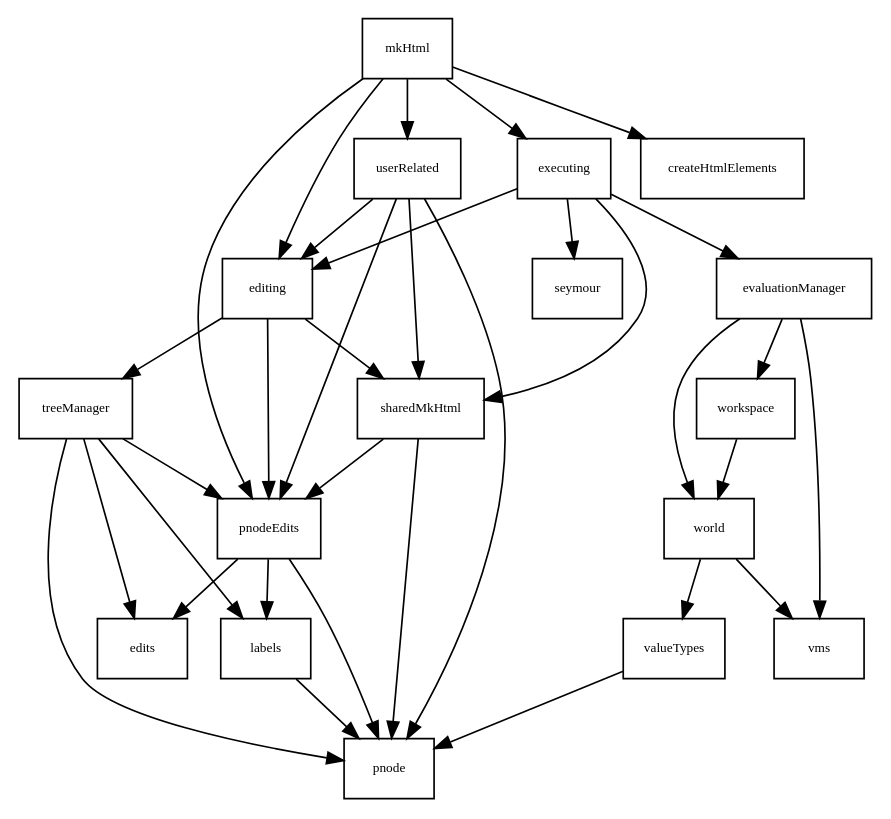
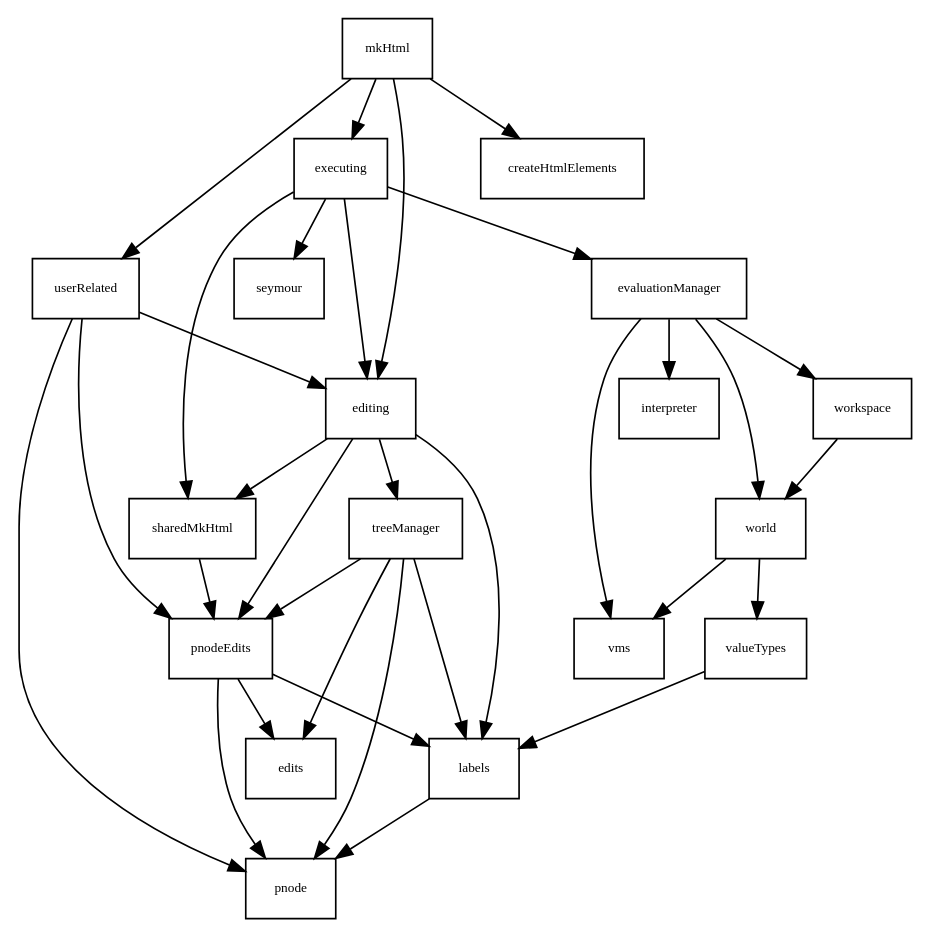
Before and after one commit to theodore-norvell/PLAAY: the diagram in typescriptSrc/dependence-js.gv, drawn with Graphviz. The commit also changed 12 other files, not shown here.

```diff
--- a/typescriptSrc/dependence-js.gv
+++ b/typescriptSrc/dependence-js.gv
@@ -1,71 +1,52 @@
 digraph Depends {
 
    gsize="8,6"; ratio=fill;
    node[fontsize=8, shape=rectangle];
 
-   //edits -> assert ;
-   //edits -> collections ;
-   
+   editing -> labels ;
+   editing -> pnodeEdits ;
    editing -> sharedMkHtml ;
-   editing -> pnodeEdits ;
    editing -> treeManager ;
 
+   evaluationManager -> interpreter ;
    evaluationManager -> vms ;
    evaluationManager -> workspace ;
    evaluationManager -> world ;
 
-   executing -> sharedMkHtml ;
    executing -> editing ;
    executing -> evaluationManager ;
    executing -> seymour ;
+   executing -> sharedMkHtml ;
 
    //mkHtml -> assert ;
    //mkHtml -> collections ;
 
    labels -> pnode
 
    mkHtml -> createHtmlElements ;
    mkHtml -> editing ;
    mkHtml -> executing ;
-   mkHtml -> pnodeEdits ;
    mkHtml -> userRelated ;
 
-   //pnode -> assert ;
-   //pnode -> collections ;
-
-   //pnodeEdits -> assert ;
-   //pnodeEdits -> collections ;
    pnodeEdits -> edits ;
    pnodeEdits -> labels ;
    pnodeEdits -> pnode ;
 
-   sharedMkHtml -> pnode ;
    sharedMkHtml -> pnodeEdits ;
 
-   //treeManager -> asssert ;
-   //treeManager -> collections ;
    treeManager -> edits ;
    treeManager -> labels ;
    treeManager -> pnode ;
    treeManager -> pnodeEdits ;
 
    userRelated -> editing ;
    userRelated -> pnodeEdits ;
    userRelated -> pnode ;
-   userRelated -> sharedMkHtml ;
-   //turtleTest -> seymour ;
 
-   //valueTypes -> assert ;
-   //valueTypes -> collections ;
-   valueTypes -> pnode ;
-
-   //vms -> assert ;
-   //vms -> collections ;
+   valueTypes -> labels ;
 
    workspace -> world ;
 
-   //world -> assert ;
-   //world -> collections ;
    world -> valueTypes ;
    world -> vms ;
 }
```
